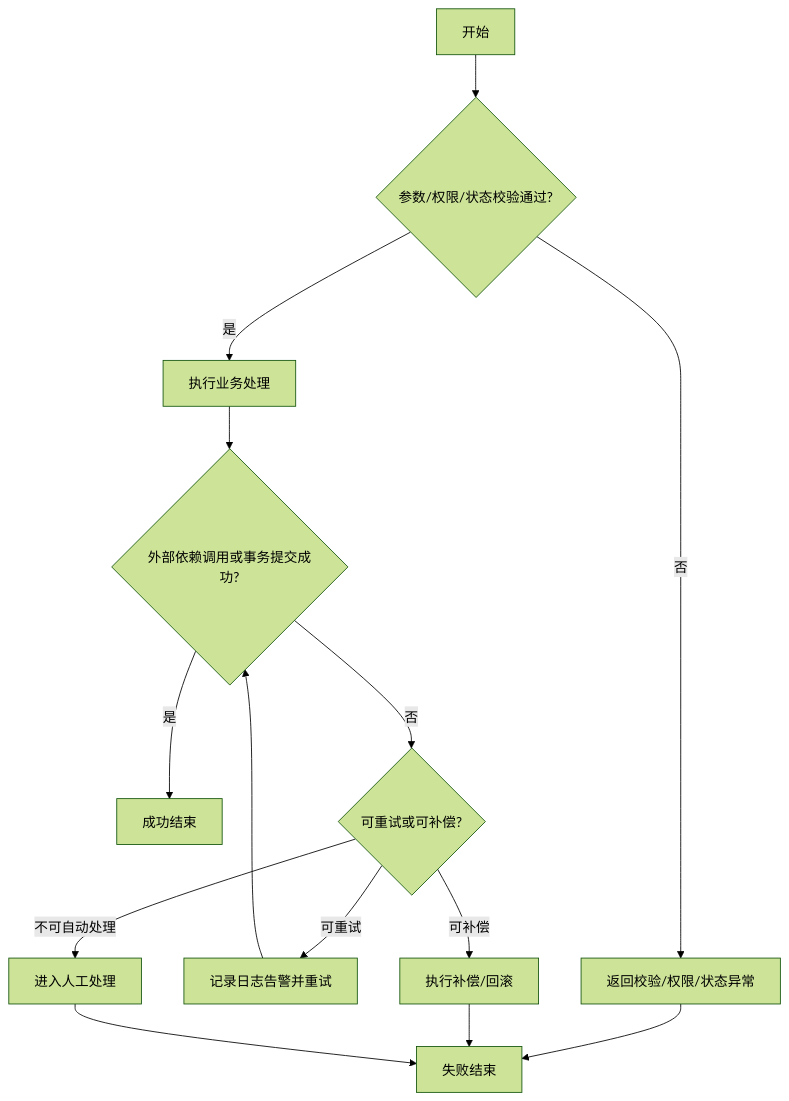
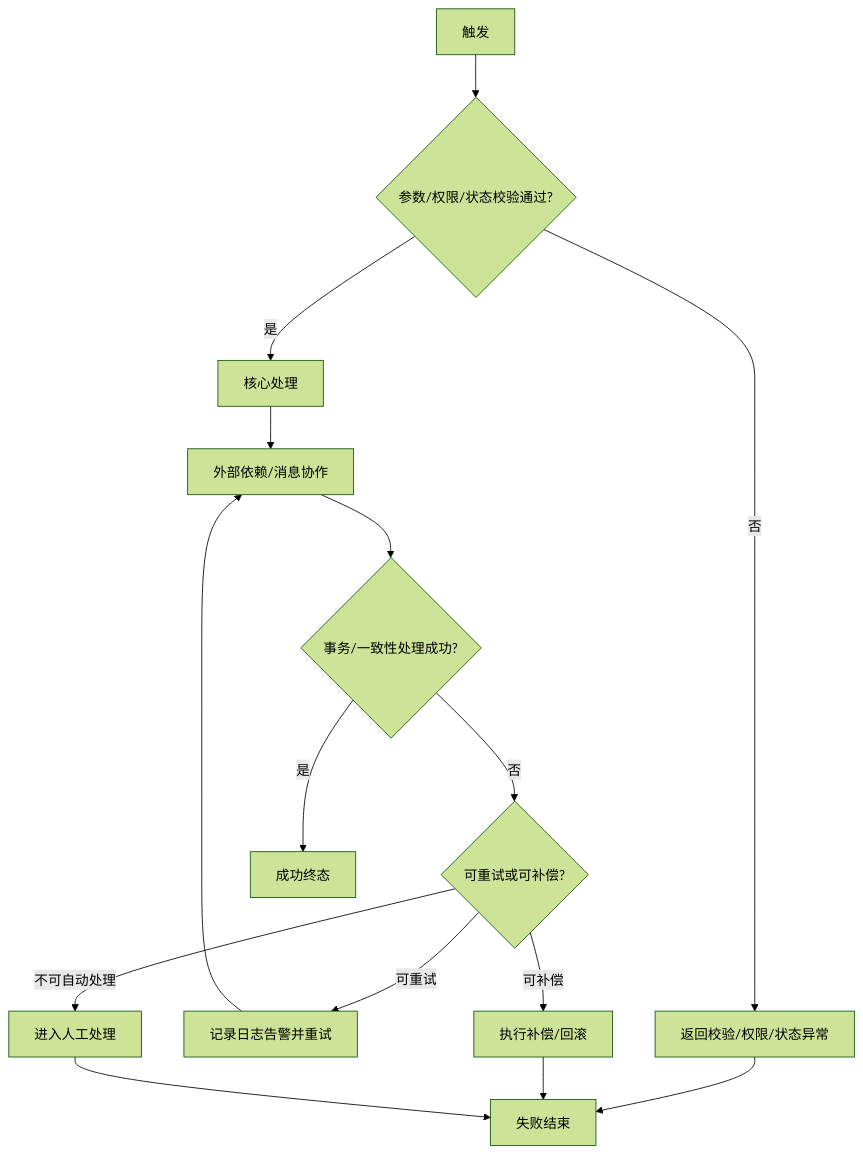
The first of 2 diagrams in skills/detailed-design/assets/detailed-design-template.md (snbc-qihang/agent-skills), drawn with Mermaid (forest theme) before and after one commit. The commit also changed 415 other files, not shown here.

````diff
--- a/skills/detailed-design/assets/detailed-design-template.md
+++ b/skills/detailed-design/assets/detailed-design-template.md
@@ -33,16 +33,17 @@
 ```mermaid
 flowchart TD
-    A["开始"] --> B{"参数/权限/状态校验通过?"}
+    A["触发"] --> B{"参数/权限/状态校验通过?"}
     B -- 否 --> E1["返回校验/权限/状态异常"]
-    B -- 是 --> C["执行业务处理"]
-    C --> D{"外部依赖调用或事务提交成功?"}
-    D -- 是 --> S["成功结束"]
-    D -- 否 --> R{"可重试或可补偿?"}
+    B -- 是 --> C["核心处理"]
+    C --> D["外部依赖/消息协作"]
+    D --> T{"事务/一致性处理成功?"}
+    T -- 否 --> R{"可重试或可补偿?"}
+    T -- 是 --> S["成功终态"]
     R -- 可重试 --> RT["记录日志告警并重试"]
     R -- 可补偿 --> CP["执行补偿/回滚"]
     R -- 不可自动处理 --> H["进入人工处理"]
     E1 --> F["失败结束"]
     RT --> D
     CP --> F
     H --> F
 ```
````
